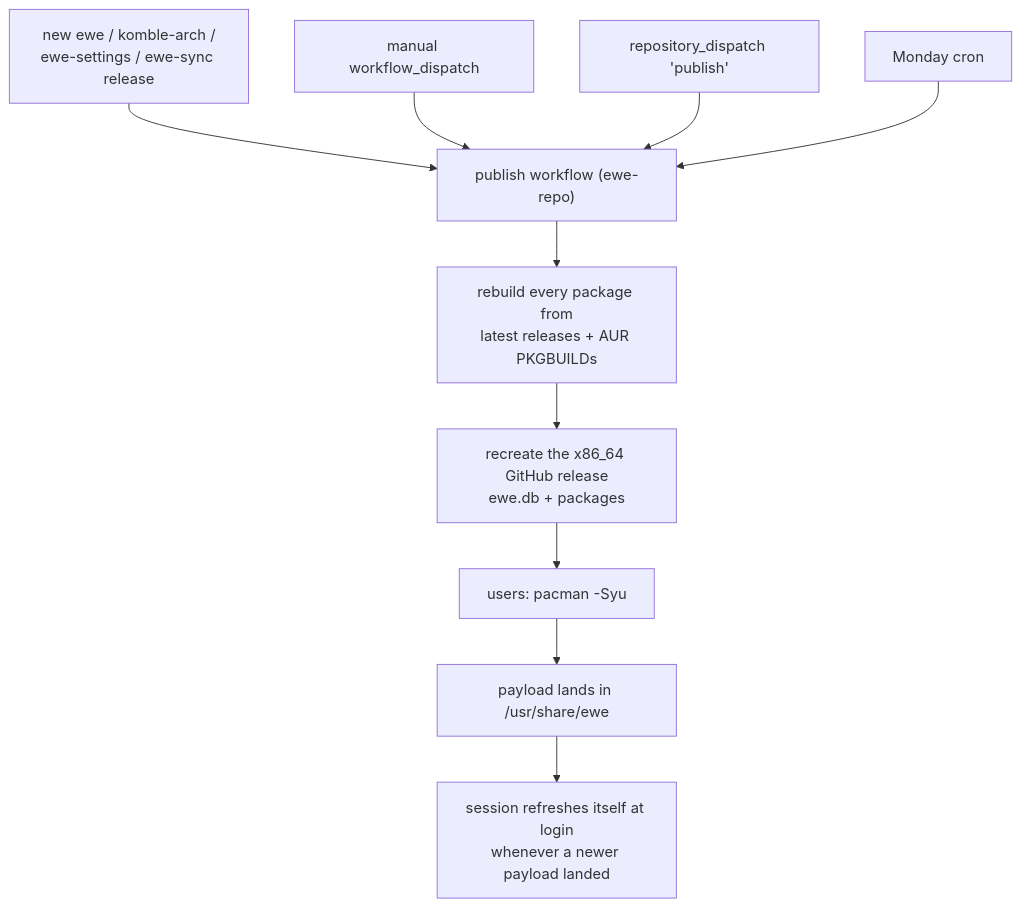
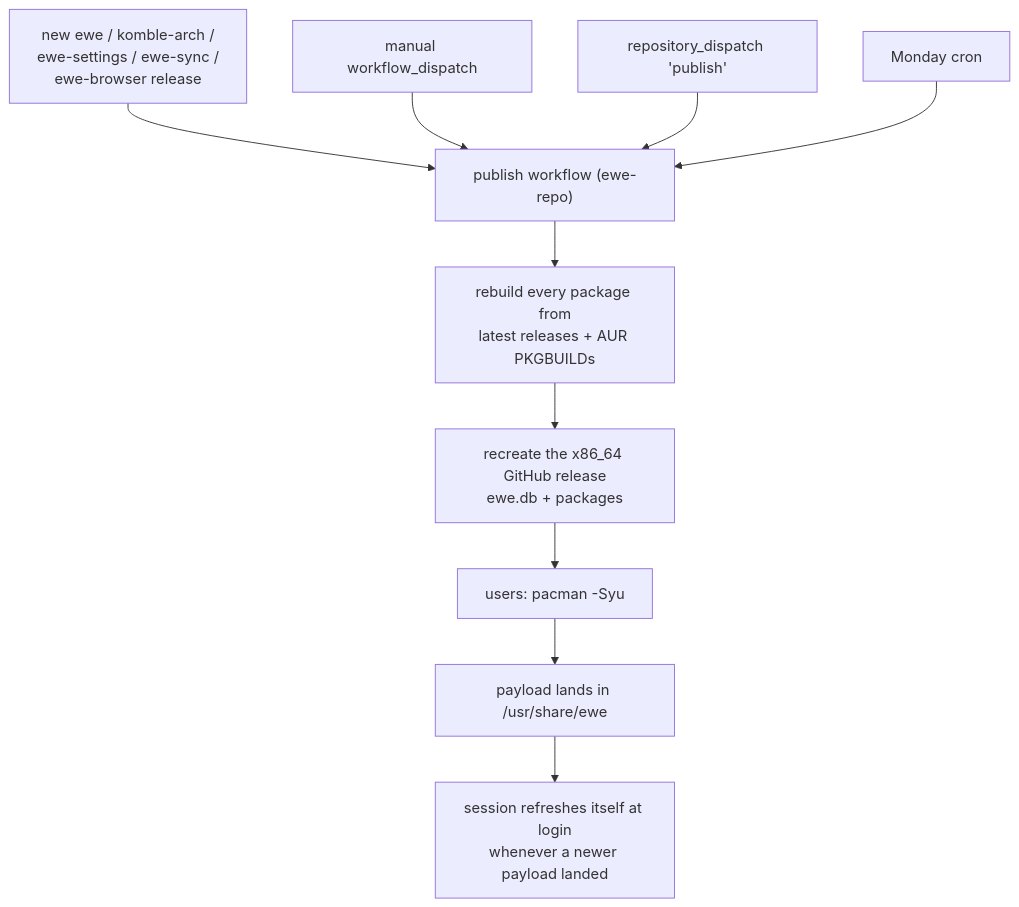
Before and after one commit to prj786/ewe-map: the diagram in 02-Architecture/Packaging and Updates.md, drawn with Mermaid. The commit also changed other lines of this file and 8 other files, not shown here.

First line of the commit message:
vault: ewe browser replaces Helium — component note, decision row 33, repos, versions

````diff
--- a/02-Architecture/Packaging and Updates.md
+++ b/02-Architecture/Packaging and Updates.md
@@ -35,18 +35,18 @@
 ```mermaid
 flowchart TB
-    TRIG1["new ewe / komble-arch /<br/>ewe-settings / ewe-sync release"]
+    TRIG1["new ewe / komble-arch /<br/>ewe-settings / ewe-sync /<br/>ewe-browser release"]
     TRIG2["manual workflow_dispatch"]
     TRIG3["repository_dispatch 'publish'"]
     TRIG4["Monday cron"]
 
     TRIG1 --> PUB["publish workflow (ewe-repo)"]
     TRIG2 --> PUB
     TRIG3 --> PUB
     TRIG4 --> PUB
 
     PUB --> BUILD["rebuild every package from<br/>latest releases + AUR PKGBUILDs"]
     BUILD --> REL["recreate the x86_64 GitHub release<br/>ewe.db + packages"]
     REL --> USERS["users: pacman -Syu"]
     USERS --> PAY["payload lands in /usr/share/ewe"]
     PAY --> REFRESH["session refreshes itself at login<br/>whenever a newer payload landed"]
 ```
````
